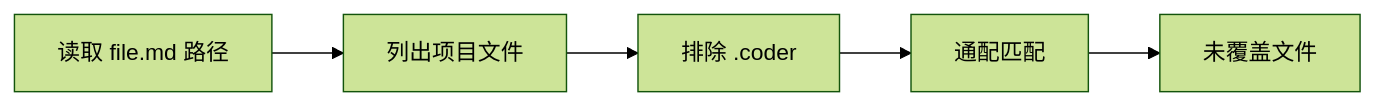
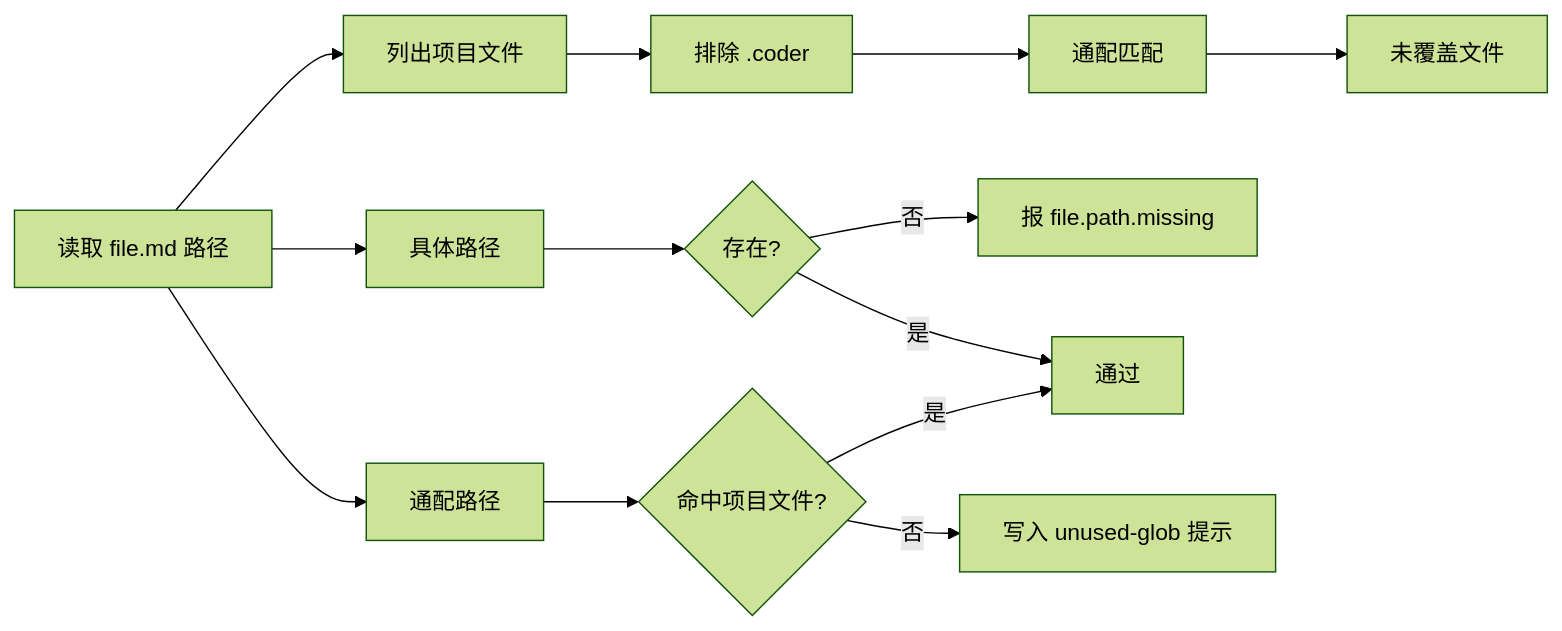
Before and after one commit to Cangjier/coder: the third of 11 diagrams in .coder/design/architecture.md, drawn with Mermaid (forest theme). The commit also changed other lines of this file and 12 other files, not shown here.

````diff
--- a/.coder/design/architecture.md
+++ b/.coder/design/architecture.md
@@ -69,7 +69,15 @@
 ```mermaid
 flowchart LR
   A[读取 file.md 路径] --> B[列出项目文件]
   B --> C[排除 .coder]
   C --> D[通配匹配]
   D --> E[未覆盖文件]
+  A --> F[具体路径]
+  F --> G{存在?}
+  G -- 否 --> H[报 file.path.missing]
+  G -- 是 --> I[通过]
+  A --> J[通配路径]
+  J --> K{命中项目文件?}
+  K -- 否 --> L[写入 unused-glob 提示]
+  K -- 是 --> I
 ```
````
